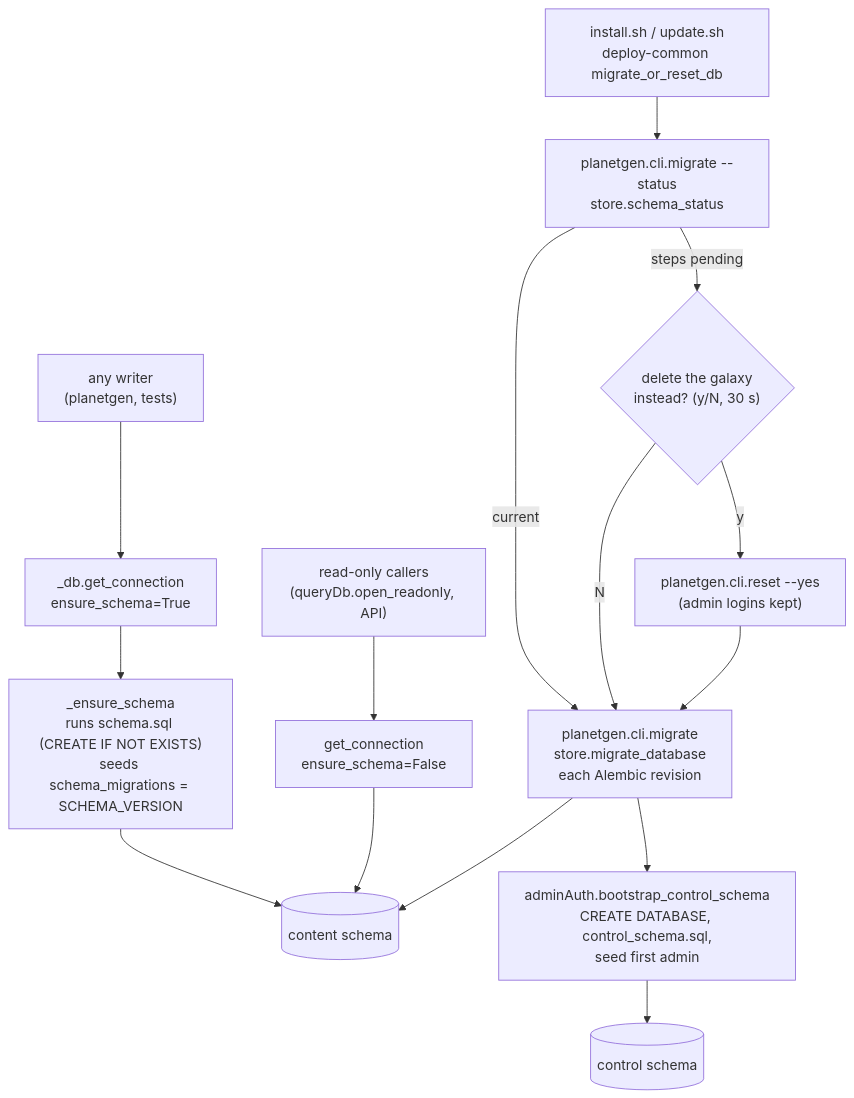
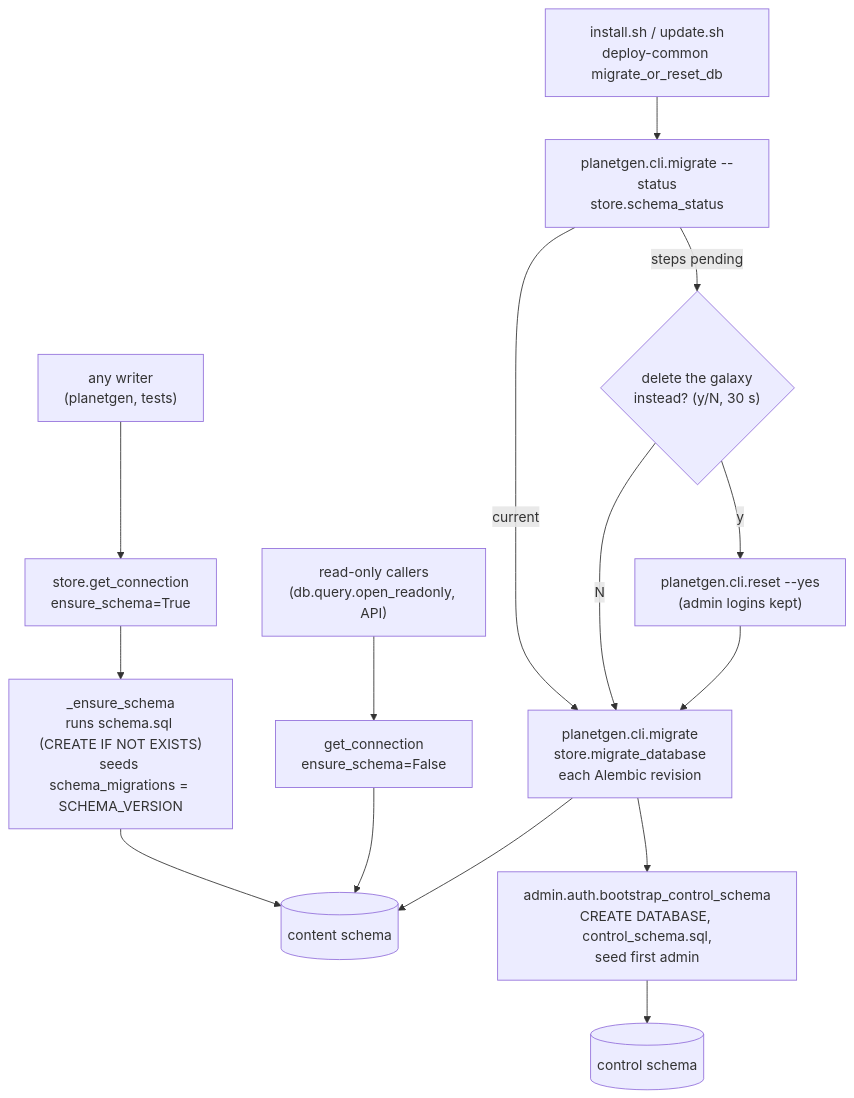
One commit to dwhagar/planetGen changed the fourth of 8 diagrams in docs/design/architecture.md. Above: the diagram before and after it, drawn with Mermaid. The commit also changed other lines of this file and 1 other file, not shown here.

First line of the commit message:
Rewrite the architecture document's code map and flows for the current code (DOC.27, DOC.28)

````diff
--- a/docs/design/architecture.md
+++ b/docs/design/architecture.md
@@ -526,19 +775,19 @@
 ```mermaid
 flowchart TD
-    Any["any writer<br/>(planetgen, tests)"] --> GC["_db.get_connection<br/>ensure_schema=True"]
+    Any["any writer<br/>(planetgen, tests)"] --> GC["store.get_connection<br/>ensure_schema=True"]
     GC --> ES["_ensure_schema<br/>runs schema.sql (CREATE IF NOT EXISTS)<br/>seeds schema_migrations = SCHEMA_VERSION"]
     ES --> Content[("content schema")]
 
-    RO["read-only callers<br/>(queryDb.open_readonly, API)"] --> NoDDL["get_connection<br/>ensure_schema=False"]
+    RO["read-only callers<br/>(db.query.open_readonly, API)"] --> NoDDL["get_connection<br/>ensure_schema=False"]
     NoDDL --> Content
 
     Inst["install.sh / update.sh<br/>deploy-common migrate_or_reset_db"] --> Status["planetgen.cli.migrate --status<br/>store.schema_status"]
     Status -->|"steps pending"| Ask{"delete the galaxy<br/>instead? (y/N, 30 s)"}
     Status -->|"current"| Mig
     Ask -->|"N"| Mig["planetgen.cli.migrate<br/>store.migrate_database<br/>each Alembic revision"]
     Ask -->|"y"| Reset["planetgen.cli.reset --yes<br/>(admin logins kept)"]
     Reset --> Mig
     Mig --> Content
-    Mig --> Boot["adminAuth.bootstrap_control_schema<br/>CREATE DATABASE, control_schema.sql,<br/>seed first admin"]
+    Mig --> Boot["admin.auth.bootstrap_control_schema<br/>CREATE DATABASE, control_schema.sql,<br/>seed first admin"]
     Boot --> Control[("control schema")]
 ```
````
